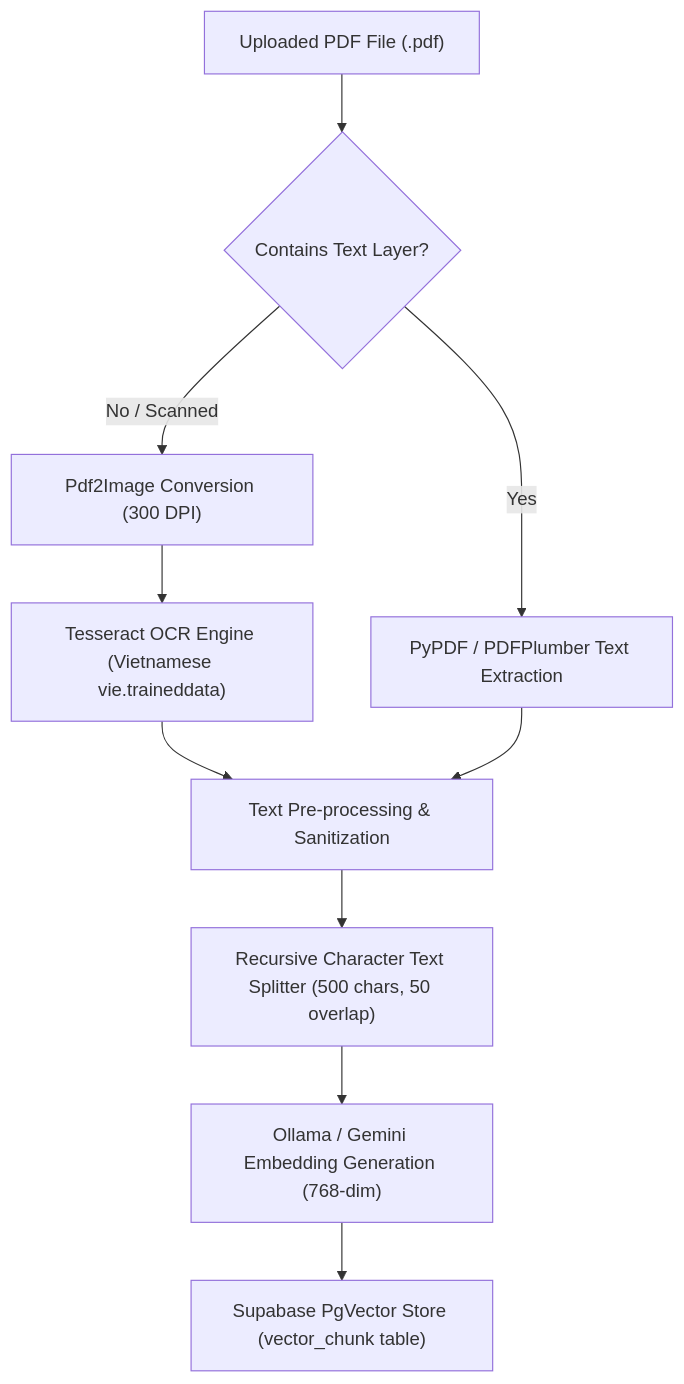
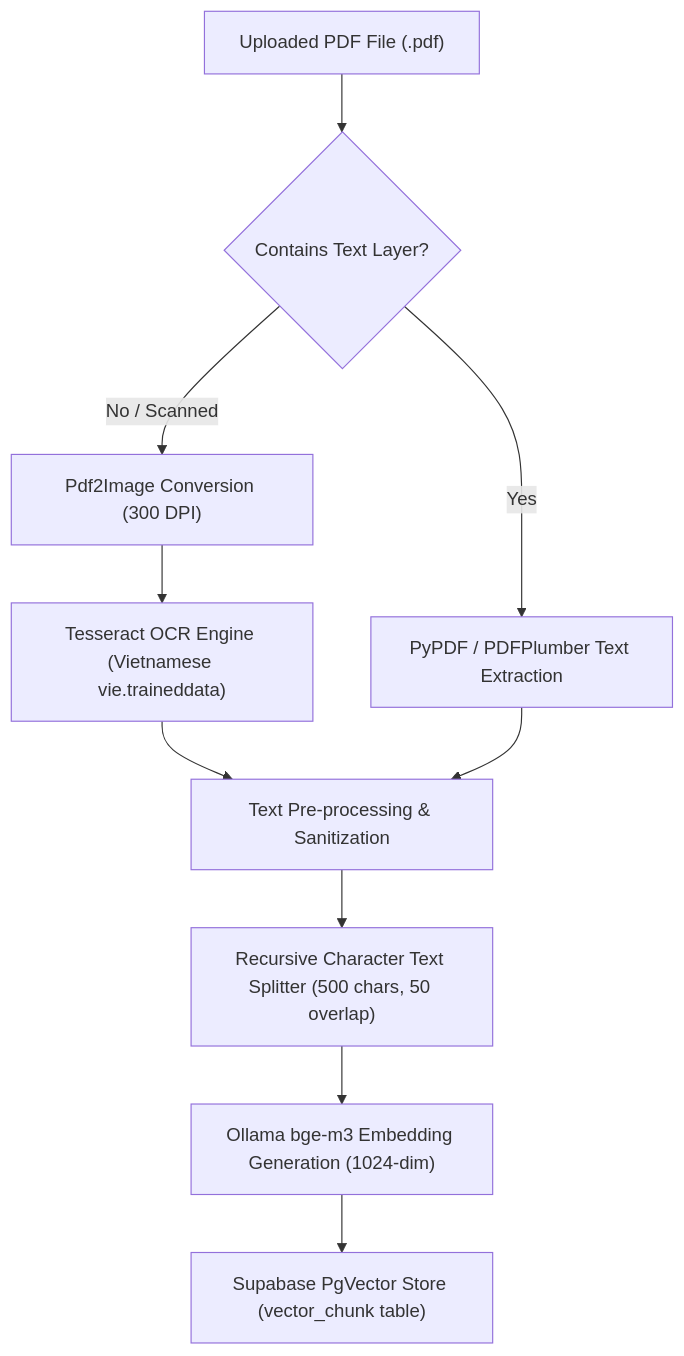
One commit to DinhTQSE/Capstone_FinalProject_HistoryTalk changed the diagram in docs/ai-doc/PDF_RAG_AND_OCR_PIPELINE.md. Above: the diagram before and after it, drawn with Mermaid. The commit also changed other lines of this file and 16 other files, not shown here.

Commit message:
docs: correct bge-m3 embedding dimensions to 1024

````diff
--- a/docs/ai-doc/PDF_RAG_AND_OCR_PIPELINE.md
+++ b/docs/ai-doc/PDF_RAG_AND_OCR_PIPELINE.md
@@ -9,12 +9,12 @@
 ```mermaid
 flowchart TD
     A["Uploaded PDF File (.pdf)"] --> B{"Contains Text Layer?"}
     B -- Yes --> C["PyPDF / PDFPlumber Text Extraction"]
     B -- No / Scanned --> D["Pdf2Image Conversion (300 DPI)"]
     D --> E["Tesseract OCR Engine (Vietnamese vie.traineddata)"]
     E --> F["Text Pre-processing & Sanitization"]
     C --> F
     F --> G["Recursive Character Text Splitter (500 chars, 50 overlap)"]
-    G --> H["Ollama / Gemini Embedding Generation (768-dim)"]
+    G --> H["Ollama bge-m3 Embedding Generation (1024-dim)"]
     H --> I["Supabase PgVector Store (vector_chunk table)"]
 ```
````
